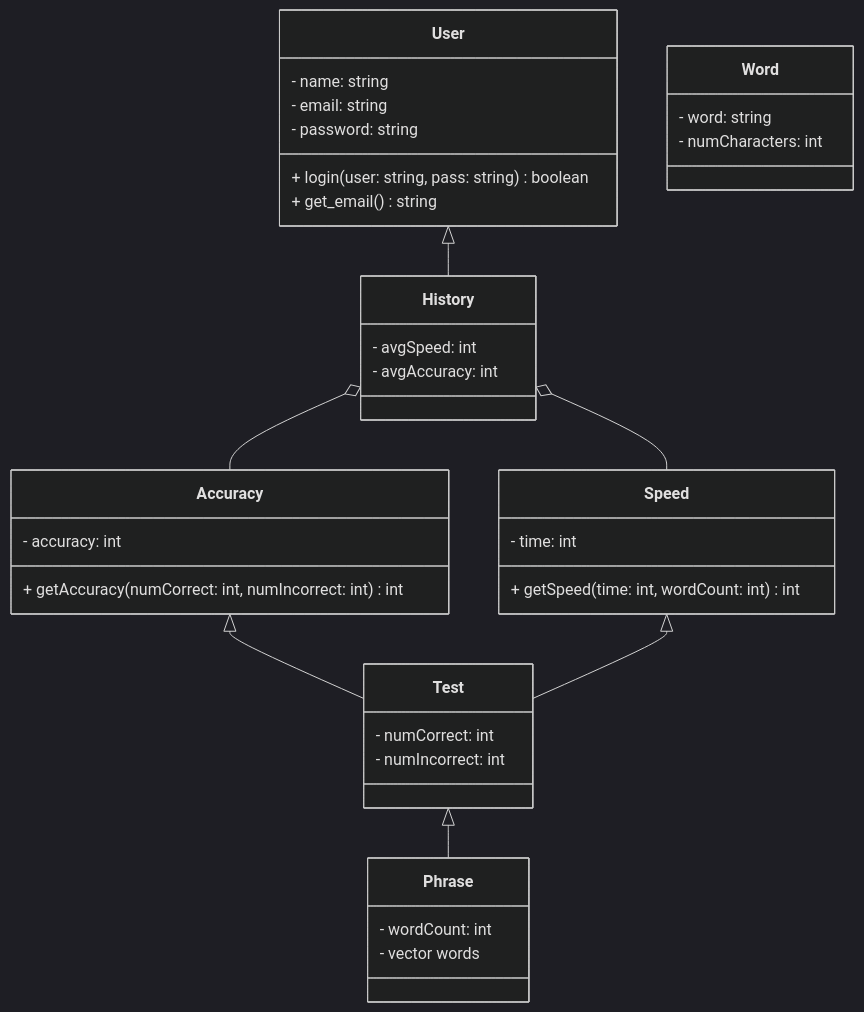
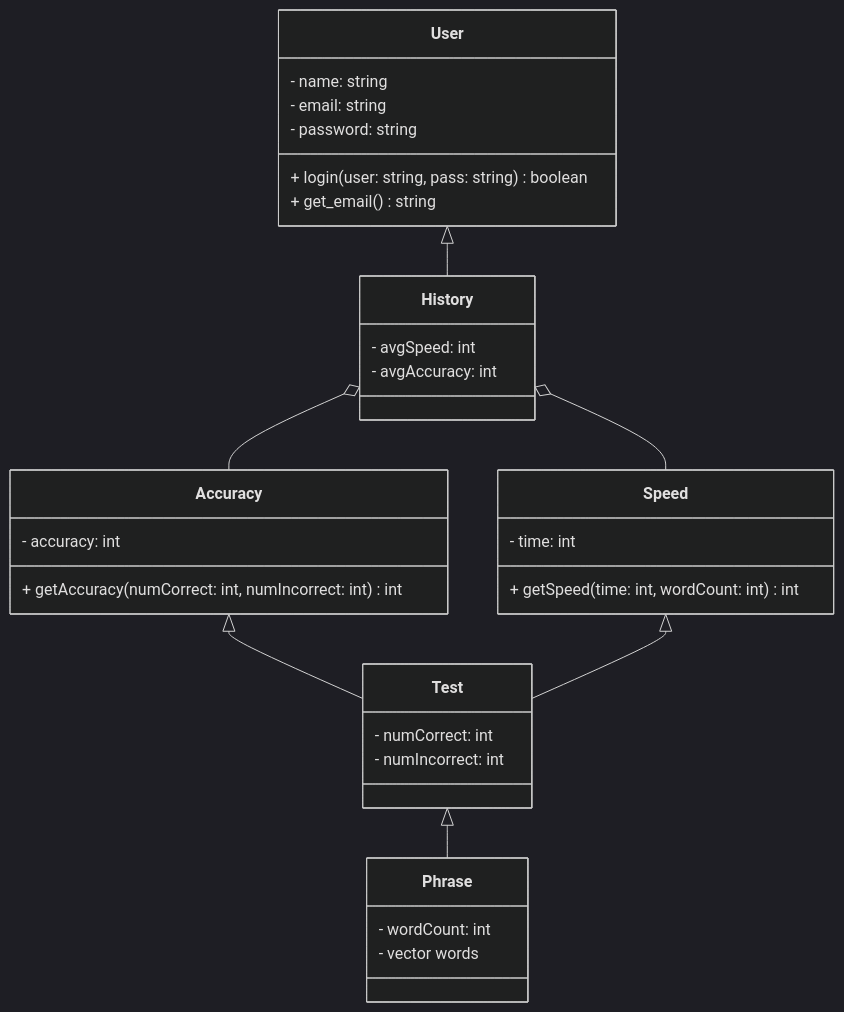
The diagram in README.md (sbandaya/tippitytappity-design), drawn with Mermaid (dark theme) before and after one commit.

````diff
--- a/README.md
+++ b/README.md
@@ -8,43 +8,39 @@
 ```mermaid
 classDiagram
   Accuracy <|-- Test
   Speed <|-- Test
   Test <|-- Phrase
   User <|-- History
   History o-- Speed
   History o-- Accuracy
   
   class User{
         - name: string
         - email: string
         - password: string
         + login(user: string, pass: string) boolean
         + get_email() string
   }
   class Accuracy{
         - accuracy: int
         + getAccuracy( numCorrect: int, numIncorrect: int) int 
   }
   class Speed{
         - time: int
         + getSpeed(time: int, wordCount: int) int
   }
-  class Word{
-        - word: string
-        - numCharacters: int 
-  }
   class Phrase{
         - wordCount: int
         - vector<string> words
         
   }
   class Test{
         - numCorrect: int
         - numIncorrect: int
   }
   class History{
         - avgSpeed: int
         - avgAccuracy: int
   }
   
 ```
````
